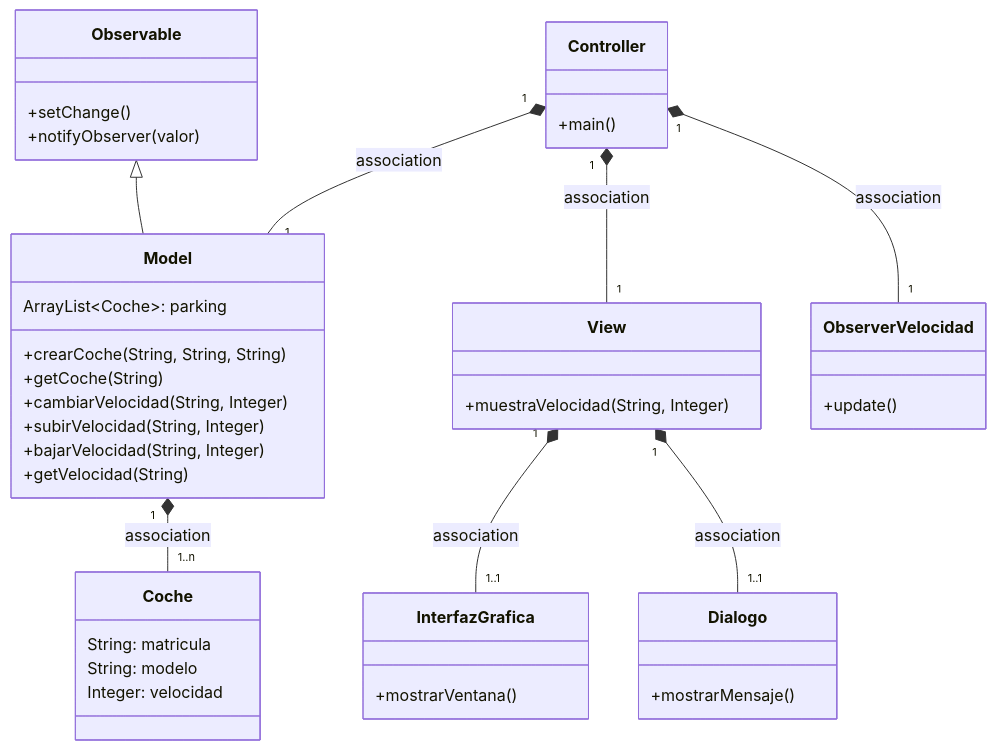
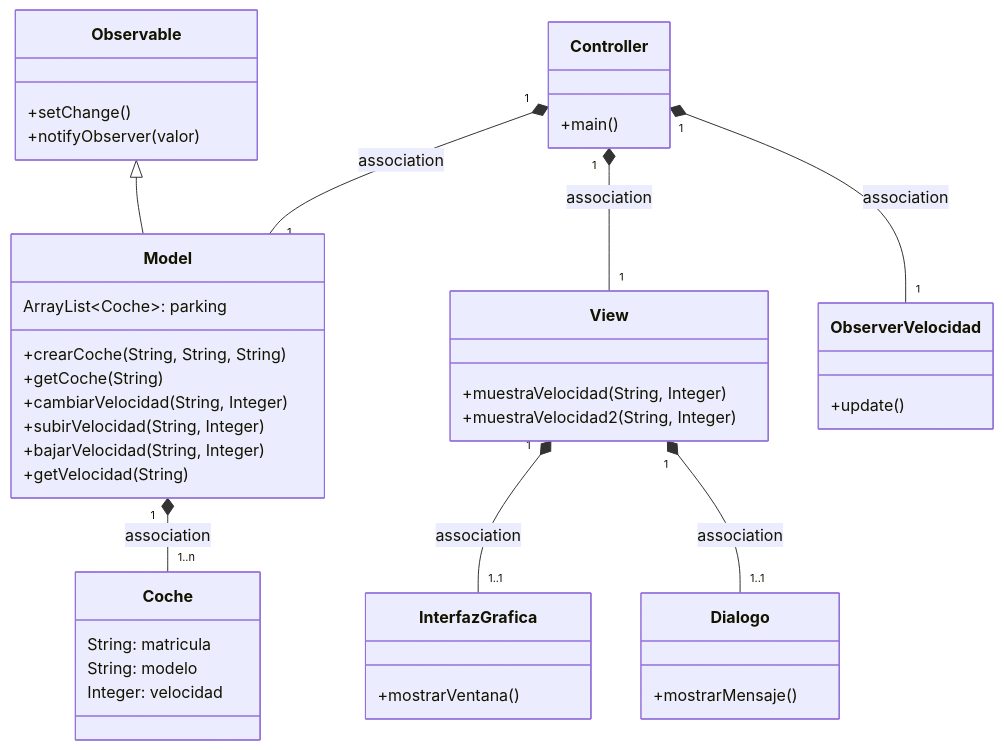
Before and after one commit to acasella03/MVC_coches: the first of 3 diagrams in Readme.md, drawn with Mermaid. The commit also changed other lines of this file, not shown here.

````diff
--- a/Readme.md
+++ b/Readme.md
@@ -16,42 +16,44 @@
 ```mermaid
 classDiagram
     class Observable{
         +setChange()
         +notifyObserver(valor)
     }
     class Coche {
         String: matricula
         String: modelo
         Integer: velocidad
     }
       class Controller{
           +main()
       }
-      class View {+muestraVelocidad(String, Integer)}
+      class View {+muestraVelocidad(String, Integer)
+                  +muestraVelocidad2(String, Integer)
+       }
       class Model {
           ArrayList~Coche~: parking
           +crearCoche(String, String, String)
           +getCoche(String)
           +cambiarVelocidad(String, Integer)
           +subirVelocidad(String, Integer)
           +bajarVelocidad(String, Integer)
           +getVelocidad(String)
       }
       class InterfazGrafica {
           +mostrarVentana()
       }
       class Dialogo {
           +mostrarMensaje()
       }
       class ObserverVelocidad {
       +update()
       }
     Controller "1" *-- "1" ObserverVelocidad : association
     Controller "1" *-- "1" Model : association
     Controller "1" *-- "1" View : association
     Model "1" *-- "1..n" Coche : association
     View "1" *-- "1..1" InterfazGrafica : association
     View "1" *-- "1..1" Dialogo : association
     Observable<|--Model
       
 ```
````
